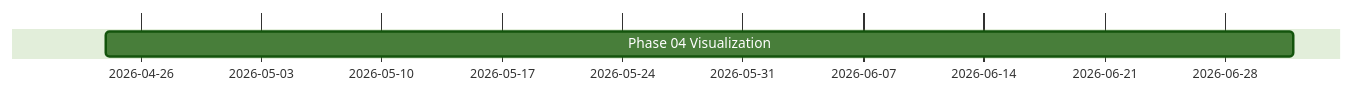
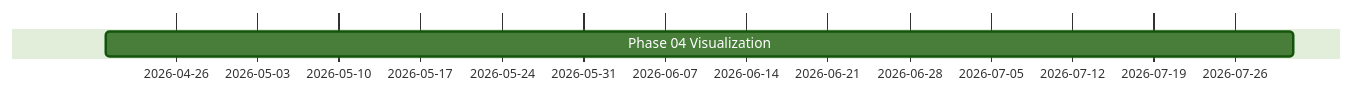
One commit to jasdefer/Workdown changed the first of 2 diagrams in views/roadmap-by-depth.md. Above: the diagram before and after it, drawn with Mermaid (forest theme). The commit also changed other lines of this file and 131 other files, not shown here.

````diff
--- a/views/roadmap-by-depth.md
+++ b/views/roadmap-by-depth.md
@@ -7,5 +7,5 @@
 ```mermaid
 gantt
     dateFormat YYYY-MM-DD
-    Phase 04 Visualization :phase-04-visualization, 2026-04-24, 2026-07-02
+    Phase 04 Visualization :phase-04-visualization, 2026-04-20, 2026-07-31
 ```
````
